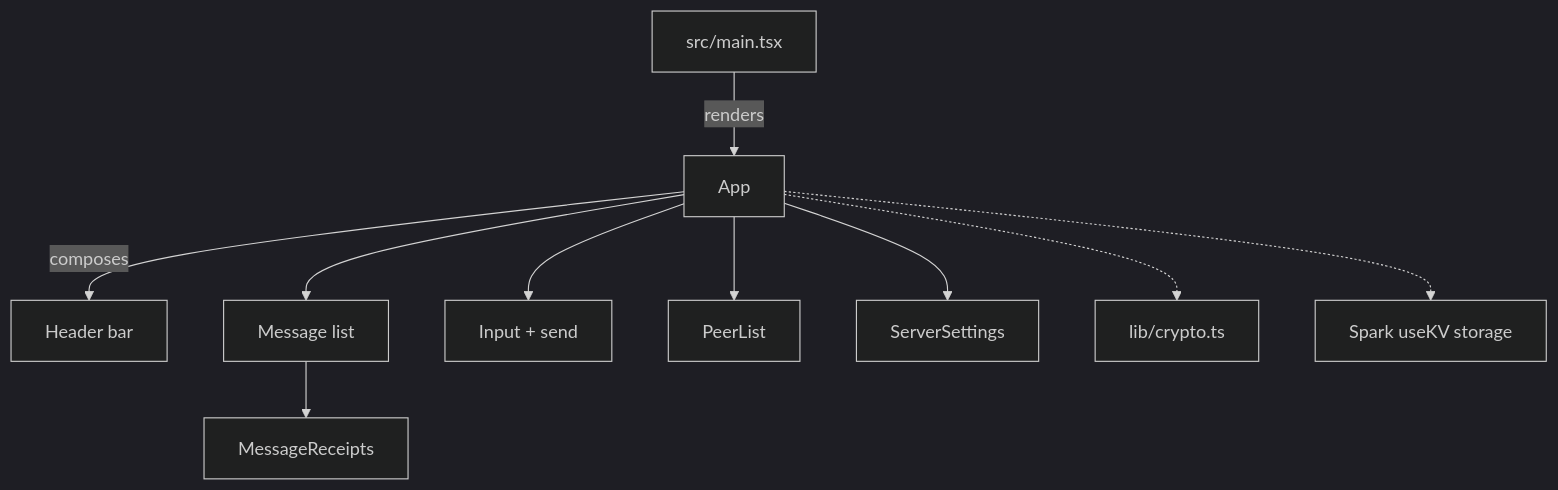
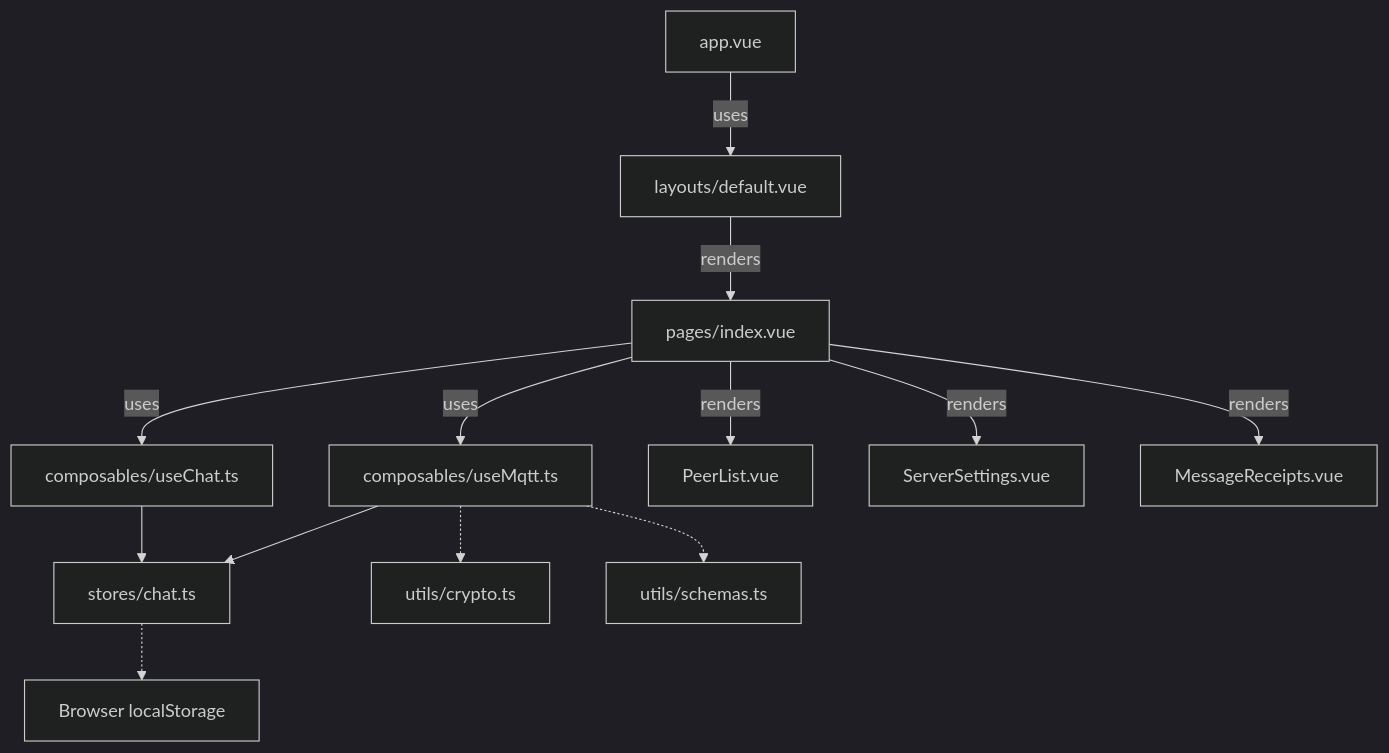
The first of 5 diagrams in .github/copilot-instructions.md (daveio/chat), drawn with Mermaid (dark theme) before and after one commit. The commit also changed other lines of this file and 6 other files, not shown here.

````diff
--- a/.github/copilot-instructions.md
+++ b/.github/copilot-instructions.md
@@ -71,15 +120,18 @@
 ```mermaid
 ---
 id: b31a0c45-fdec-4540-8c79-2704b637428f
 ---
 graph TD
-  Main[src/main.tsx] -->|renders| App
-  App -->|composes| Header[Header bar]
-  App --> Messages[Message list]
-  App --> Composer[Input + send]
-  App --> PeerList
-  App --> ServerSettings
-  App -.-> Crypto[lib/crypto.ts]
-  App -.-> useKV[Spark useKV storage]
-  Messages --> MessageReceipts
+  App[app.vue] -->|uses| Layout[layouts/default.vue]
+  Layout -->|renders| Page[pages/index.vue]
+  Page -->|uses| useChat[composables/useChat.ts]
+  Page -->|uses| useMqtt[composables/useMqtt.ts]
+  Page -->|renders| PeerList[PeerList.vue]
+  Page -->|renders| ServerSettings[ServerSettings.vue]
+  Page -->|renders| MessageReceipts[MessageReceipts.vue]
+  useChat --> Store[stores/chat.ts]
+  useMqtt --> Store
+  useMqtt -.-> Crypto[utils/crypto.ts]
+  useMqtt -.-> Schemas[utils/schemas.ts]
+  Store -.-> localStorage[Browser localStorage]
 ```
````
